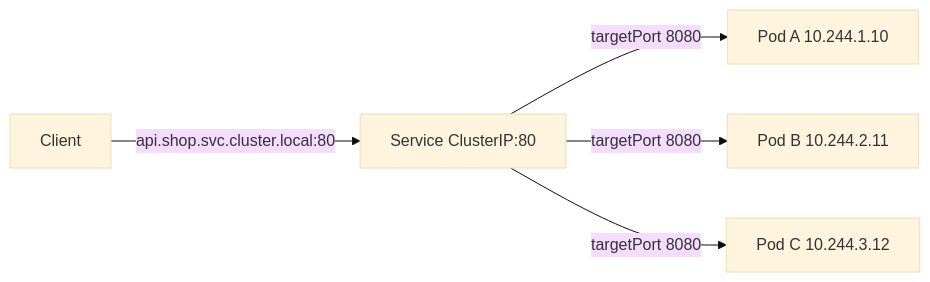
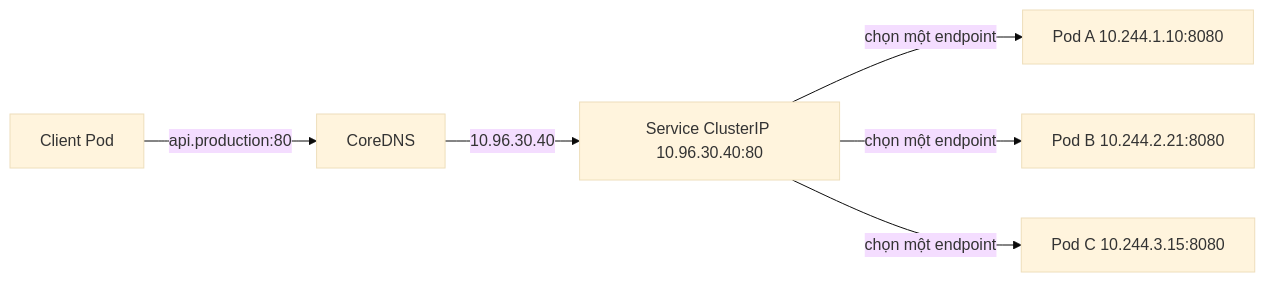
Before and after one commit to vanhiep99w/k8s-learn: the first of 3 diagrams in content/docs/networking/service.md, drawn with Mermaid (base theme). The commit also changed other lines of this file, not shown here.

Commit message:
docs: mở rộng hướng dẫn Kubernetes Service

````diff
--- a/content/docs/networking/service.md
+++ b/content/docs/networking/service.md
@@ -34,7 +87,8 @@
 ```mermaid
 flowchart LR
-    C[Client] -->|api.shop.svc.cluster.local:80| S[Service ClusterIP:80]
-    S -->|targetPort 8080| P1[Pod A 10.244.1.10]
-    S -->|targetPort 8080| P2[Pod B 10.244.2.11]
-    S -->|targetPort 8080| P3[Pod C 10.244.3.12]
+    C[Client Pod] -->|api.production:80| DNS[CoreDNS]
+    DNS -->|10.96.30.40| VIP[Service ClusterIP 10.96.30.40:80]
+    VIP -->|chọn một endpoint| P1[Pod A 10.244.1.10:8080]
+    VIP -->|chọn một endpoint| P2[Pod B 10.244.2.21:8080]
+    VIP -->|chọn một endpoint| P3[Pod C 10.244.3.15:8080]
 ```
````
